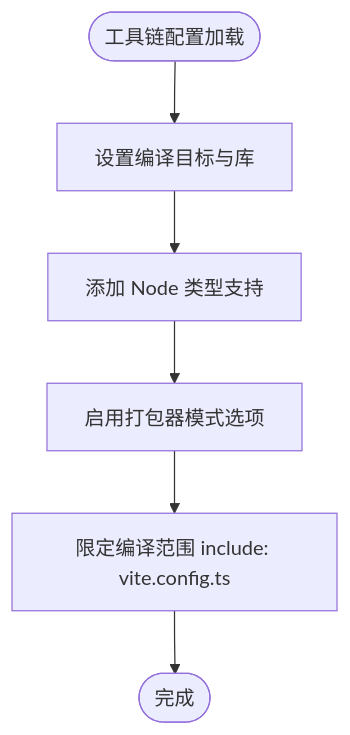
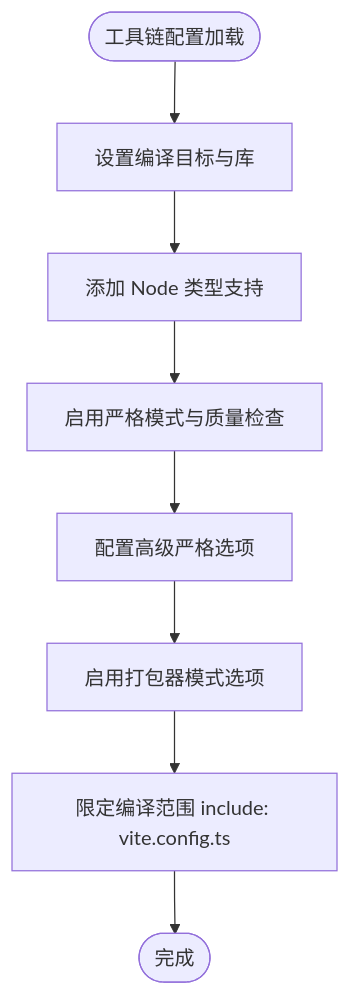
One commit to xianjianshenqu/SalesFlow-CRM changed the fourth of 6 diagrams in .qoder/repowiki/zh/content/开发指南/TypeScript配置.md. Above: the diagram before and after it, drawn with Mermaid. The commit also changed other lines of this file and 17 other files, not shown here.

````diff
--- a/.qoder/repowiki/zh/content/开发指南/TypeScript配置.md
+++ b/.qoder/repowiki/zh/content/开发指南/TypeScript配置.md
@@ -176,8 +192,10 @@
 ```mermaid
 flowchart TD
 Start(["工具链配置加载"]) --> Target["设置编译目标与库"]
 Target --> Types["添加 Node 类型支持"]
-Types --> Bundler["启用打包器模式选项"]
+Types --> Strict["启用严格模式与质量检查"]
+Strict --> Advanced["配置高级严格选项"]
+Advanced --> Bundler["启用打包器模式选项"]
 Bundler --> Include["限定编译范围 include: vite.config.ts"]
 Include --> End(["完成"])
 ```
````
